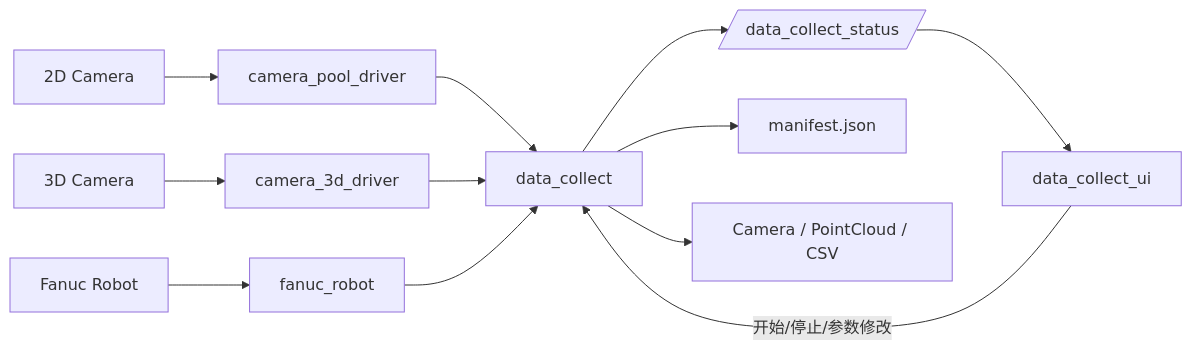
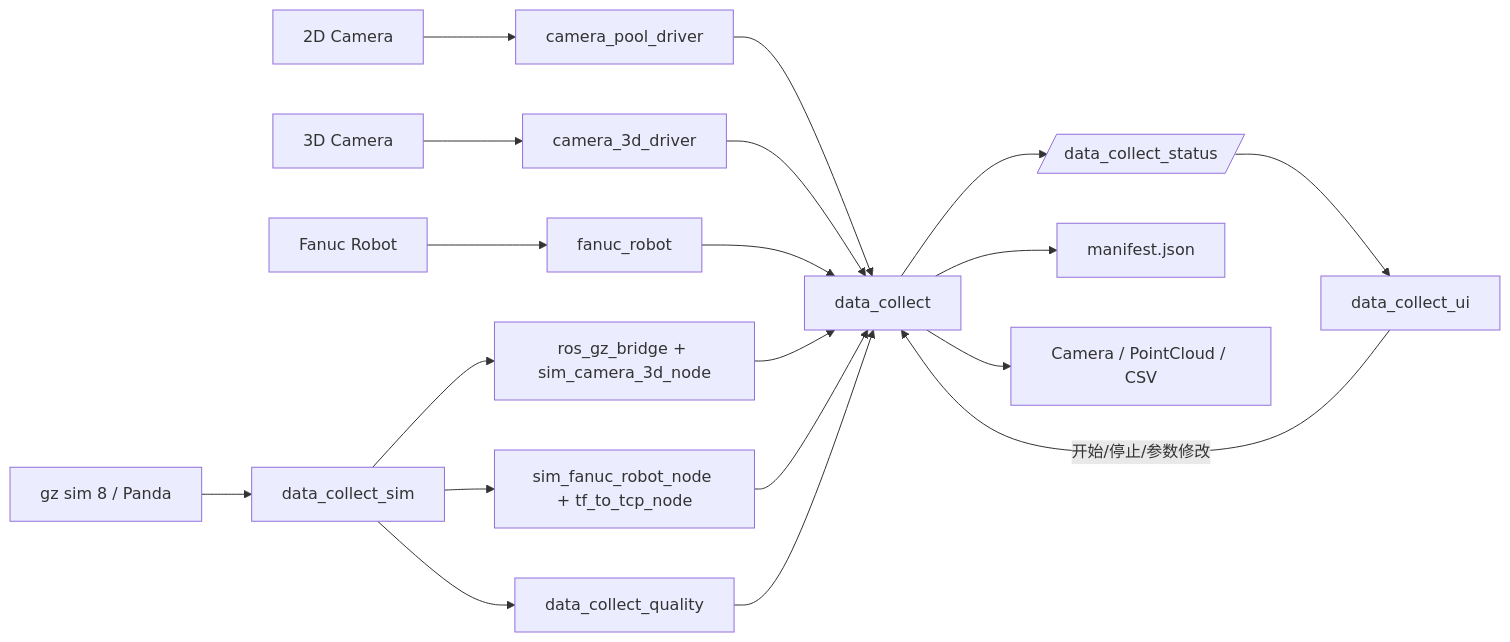
One commit to MzKyle/Robot-Sim changed the diagram in docs/architecture/data-flow.md. Above: the diagram before and after it, drawn with Mermaid. The commit also changed other lines of this file and 38 other files, not shown here.

````diff
--- a/docs/architecture/data-flow.md
+++ b/docs/architecture/data-flow.md
@@ -5,17 +5,24 @@
 ```mermaid
 flowchart LR
     Camera2D[2D Camera] --> Node2D[camera_pool_driver]
     Camera3D[3D Camera] --> Node3D[camera_3d_driver]
     Robot[Fanuc Robot] --> RobotNode[fanuc_robot]
+    SimSim[gz sim 8 / Panda] --> SimLaunch[data_collect_sim]
+    SimLaunch --> SimNode3D[ros_gz_bridge + sim_camera_3d_node]
+    SimLaunch --> SimRobot[sim_fanuc_robot_node + tf_to_tcp_node]
+    SimLaunch --> Quality[data_collect_quality]
 
     Node2D --> Collect[data_collect]
     Node3D --> Collect
     RobotNode --> Collect
+    SimNode3D --> Collect
+    SimRobot --> Collect
+    Quality --> Collect
 
     Collect --> Status[/data_collect_status/]
     Collect --> Manifest[manifest.json]
     Collect --> Media[Camera / PointCloud / CSV]
 
     Status --> UI[data_collect_ui]
     UI -->|开始/停止/参数修改| Collect
 ```
````
